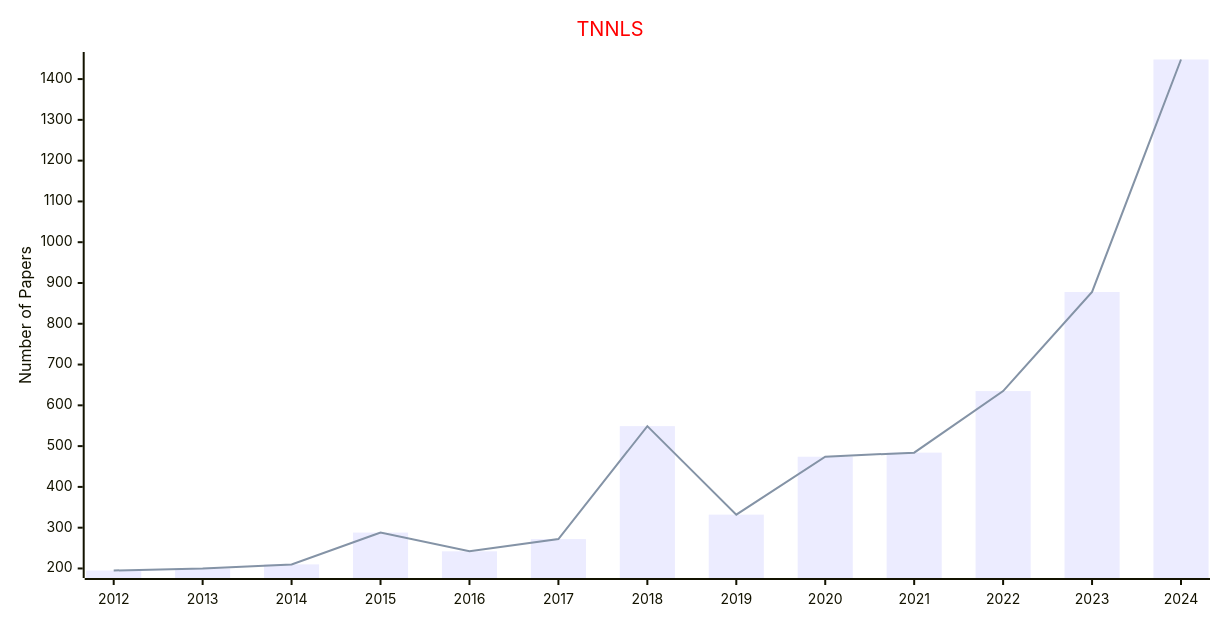
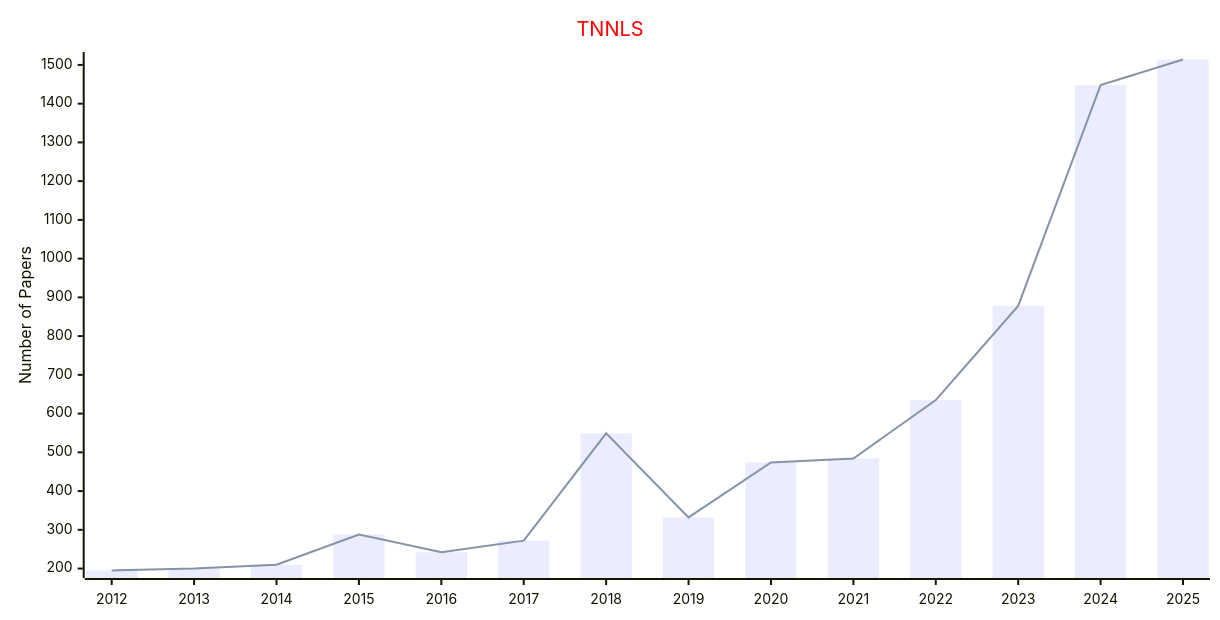
Before and after one commit to Easy-PhD/AILinks: the fourth of 5 diagrams in docs/data/Journals/Statistics_Journals/Neural_Networks.md, drawn with Mermaid. The commit also changed other lines of this file and 107 other files, not shown here.

````diff
--- a/docs/data/Journals/Statistics_Journals/Neural_Networks.md
+++ b/docs/data/Journals/Statistics_Journals/Neural_Networks.md
@@ -81,17 +81,17 @@
 ```mermaid
 ---
 config:
     xyChart:
         width: 1200
         height: 600
     themeVariables:
         xyChart:
             titleColor: "#ff0000"
 ---
 xychart-beta
     title "TNNLS"
-    x-axis [2012, 2013, 2014, 2015, 2016, 2017, 2018, 2019, 2020, 2021, 2022, 2023, 2024]
+    x-axis [2012, 2013, 2014, 2015, 2016, 2017, 2018, 2019, 2020, 2021, 2022, 2023, 2024, 2025]
     y-axis "Number of Papers"
-    bar [195, 200, 210, 288, 242, 272, 549, 332, 474, 484, 635, 878, 1448]
-    line [195, 200, 210, 288, 242, 272, 549, 332, 474, 484, 635, 878, 1448]
+    bar [195, 200, 210, 288, 242, 272, 549, 332, 474, 484, 635, 878, 1448, 1514]
+    line [195, 200, 210, 288, 242, 272, 549, 332, 474, 484, 635, 878, 1448, 1514]
 ```
````
